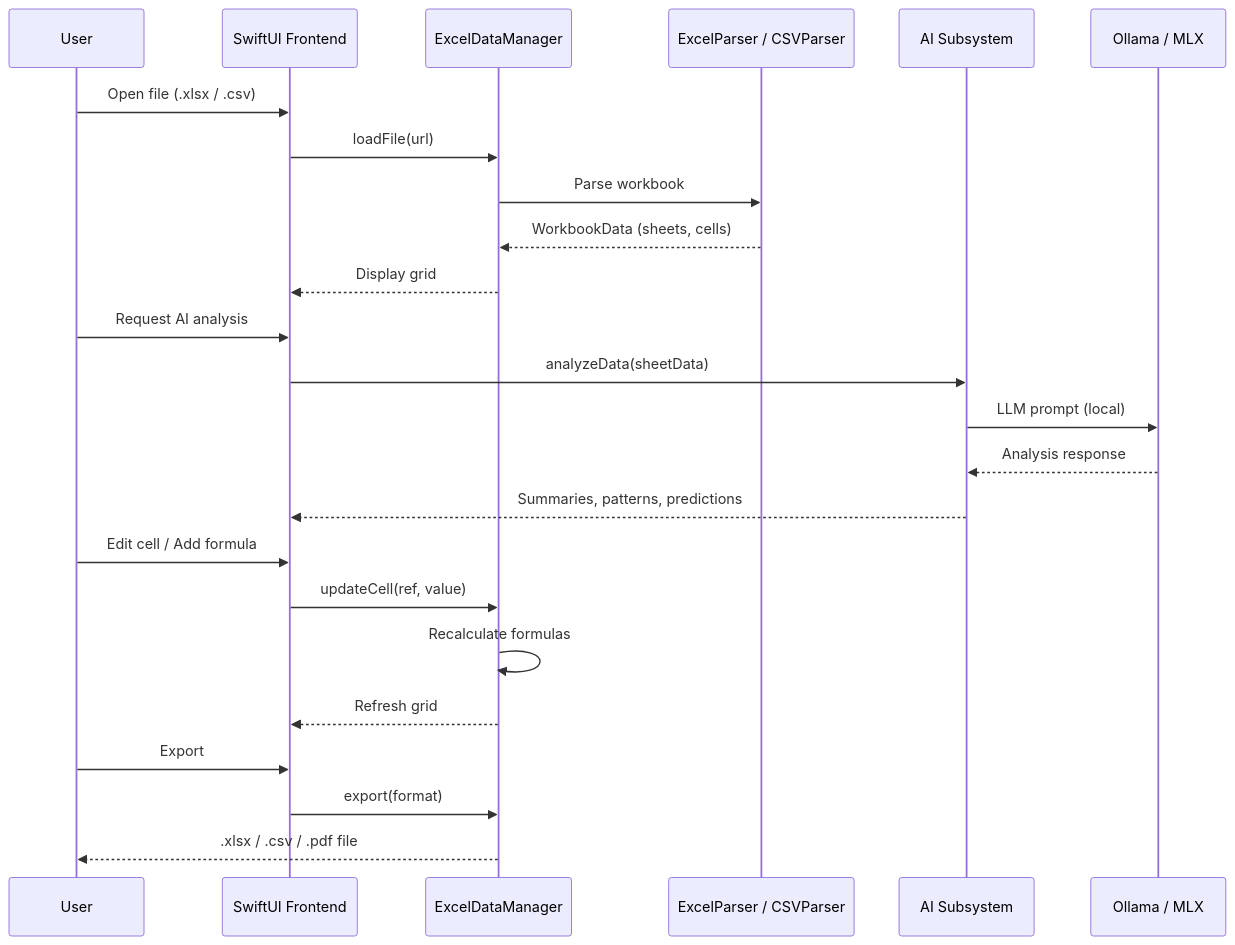
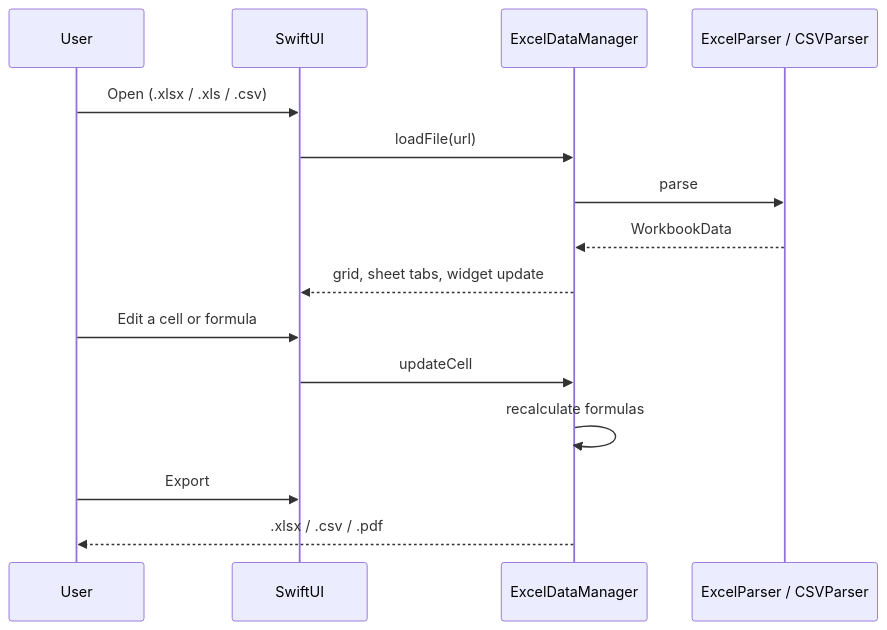
One commit to kochj23/ExcelExplorer changed the third of 3 diagrams in README.md. Above: the diagram before and after it, drawn with Mermaid. The commit also changed other lines of this file and 53 other files, not shown here.

````diff
--- a/README.md
+++ b/README.md
@@ -106,30 +174,18 @@
 ```mermaid
 sequenceDiagram
     participant User
-    participant UI as SwiftUI Frontend
+    participant UI as SwiftUI
     participant EDM as ExcelDataManager
     participant Parser as ExcelParser / CSVParser
-    participant AI as AI Subsystem
-    participant Backend as Ollama / MLX
 
-    User->>UI: Open file (.xlsx / .csv)
+    User->>UI: Open (.xlsx / .xls / .csv)
     UI->>EDM: loadFile(url)
-    EDM->>Parser: Parse workbook
-    Parser-->>EDM: WorkbookData (sheets, cells)
-    EDM-->>UI: Display grid
-
-    User->>UI: Request AI analysis
-    UI->>AI: analyzeData(sheetData)
-    AI->>Backend: LLM prompt (local)
-    Backend-->>AI: Analysis response
-    AI-->>UI: Summaries, patterns, predictions
-
-    User->>UI: Edit cell / Add formula
-    UI->>EDM: updateCell(ref, value)
-    EDM->>EDM: Recalculate formulas
-    EDM-->>UI: Refresh grid
-
+    EDM->>Parser: parse
+    Parser-->>EDM: WorkbookData
+    EDM-->>UI: grid, sheet tabs, widget update
+    User->>UI: Edit a cell or formula
+    UI->>EDM: updateCell
+    EDM->>EDM: recalculate formulas
     User->>UI: Export
-    UI->>EDM: export(format)
-    EDM-->>User: .xlsx / .csv / .pdf file
+    EDM-->>User: .xlsx / .csv / .pdf
 ```
````
